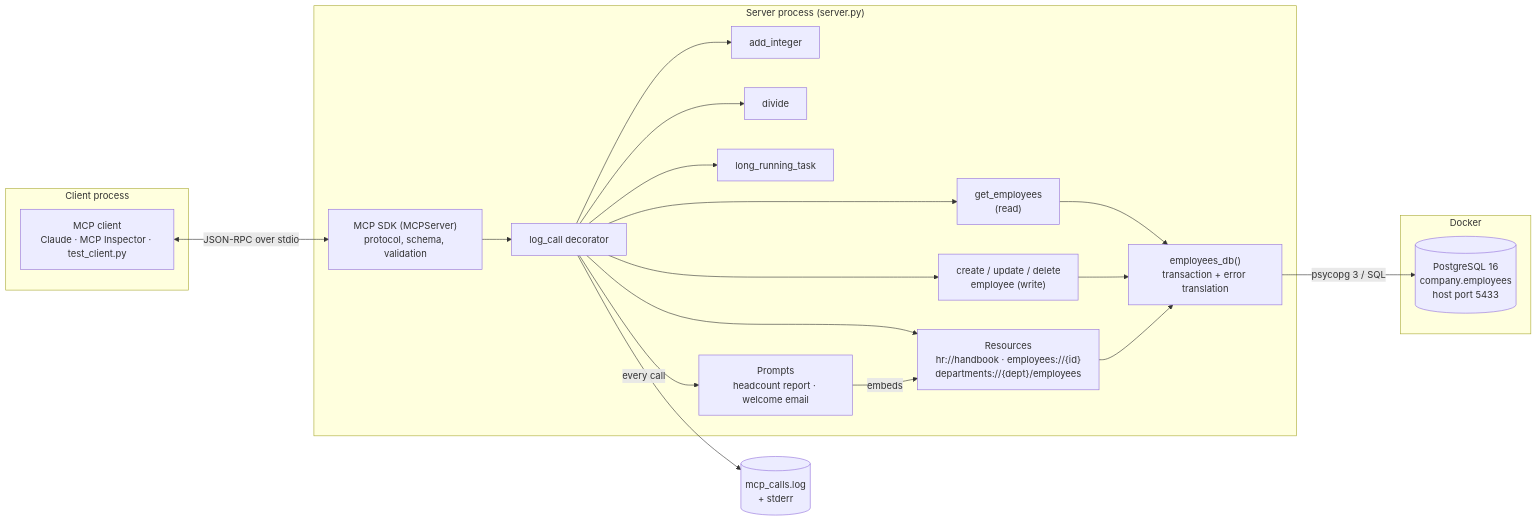
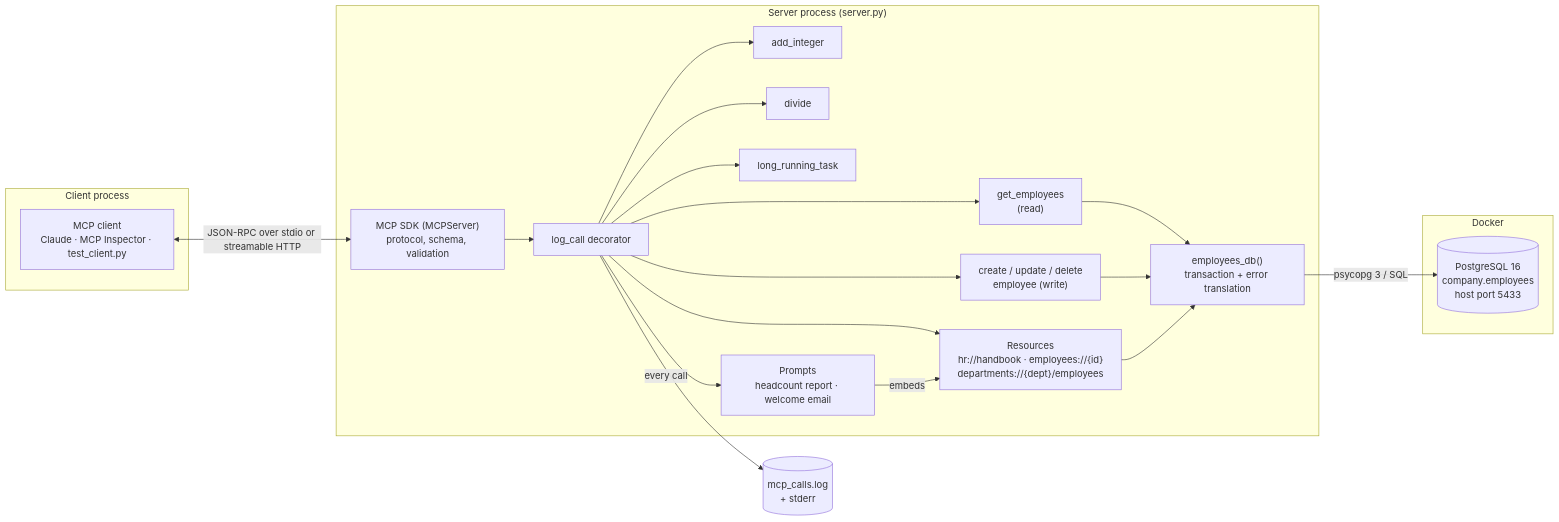
The first of 9 diagrams in docs/ARCHITECTURE.md (sluganesh/mcp-coreconcepts), drawn with Mermaid before and after one commit. The commit also changed other lines of this file and 4 other files, not shown here.

First line of the commit message:
Add streamable HTTP transport alongside stdio

````diff
--- a/docs/ARCHITECTURE.md
+++ b/docs/ARCHITECTURE.md
@@ -27,33 +30,33 @@
 ```mermaid
 flowchart LR
     subgraph Client process
         C["MCP client<br/>Claude · MCP Inspector · test_client.py"]
     end
 
     subgraph "Server process (server.py)"
         SDK["MCP SDK (MCPServer)<br/>protocol, schema, validation"]
         LC["log_call decorator"]
         T1["add_integer"]
         T2["divide"]
         T3["get_employees<br/>(read)"]
         T5["create / update / delete<br/>employee (write)"]
         T4["long_running_task"]
         R["Resources<br/>hr://handbook · employees://{id}<br/>departments://{dept}/employees"]
         P["Prompts<br/>headcount report · welcome email"]
         H["employees_db()<br/>transaction + error translation"]
         SDK --> LC
         LC --> T1 & T2 & T3 & T5 & T4 & R & P
         P -- "embeds" --> R
         T3 & T5 & R --> H
     end
 
     subgraph Docker
         DB[("PostgreSQL 16<br/>company.employees<br/>host port 5433")]
     end
 
     LOG[("mcp_calls.log<br/>+ stderr")]
 
-    C <-- "JSON-RPC over stdio" --> SDK
+    C <-- "JSON-RPC over stdio or streamable HTTP" --> SDK
     LC -- "every call" --> LOG
     H -- "psycopg 3 / SQL" --> DB
 ```
````
